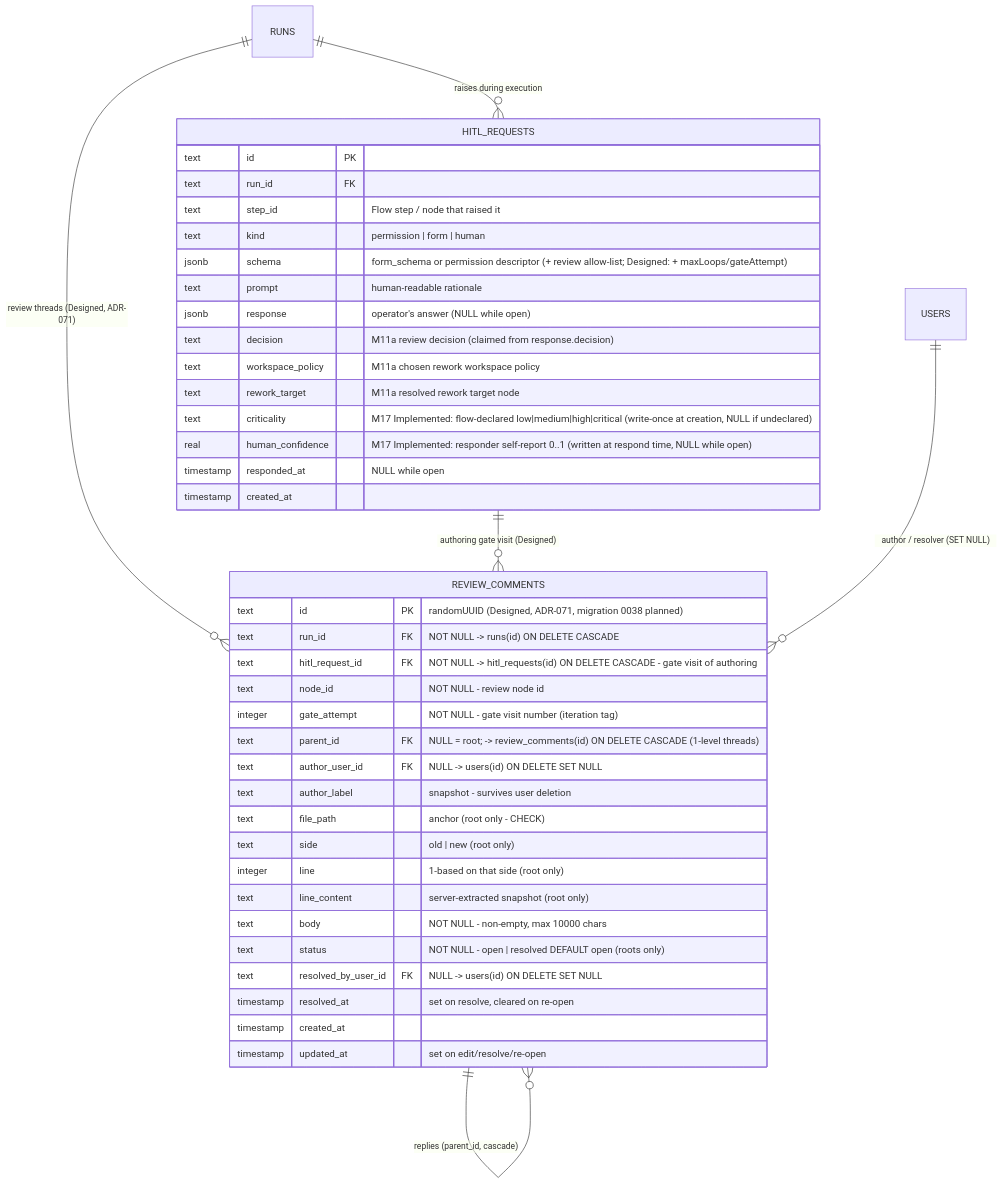
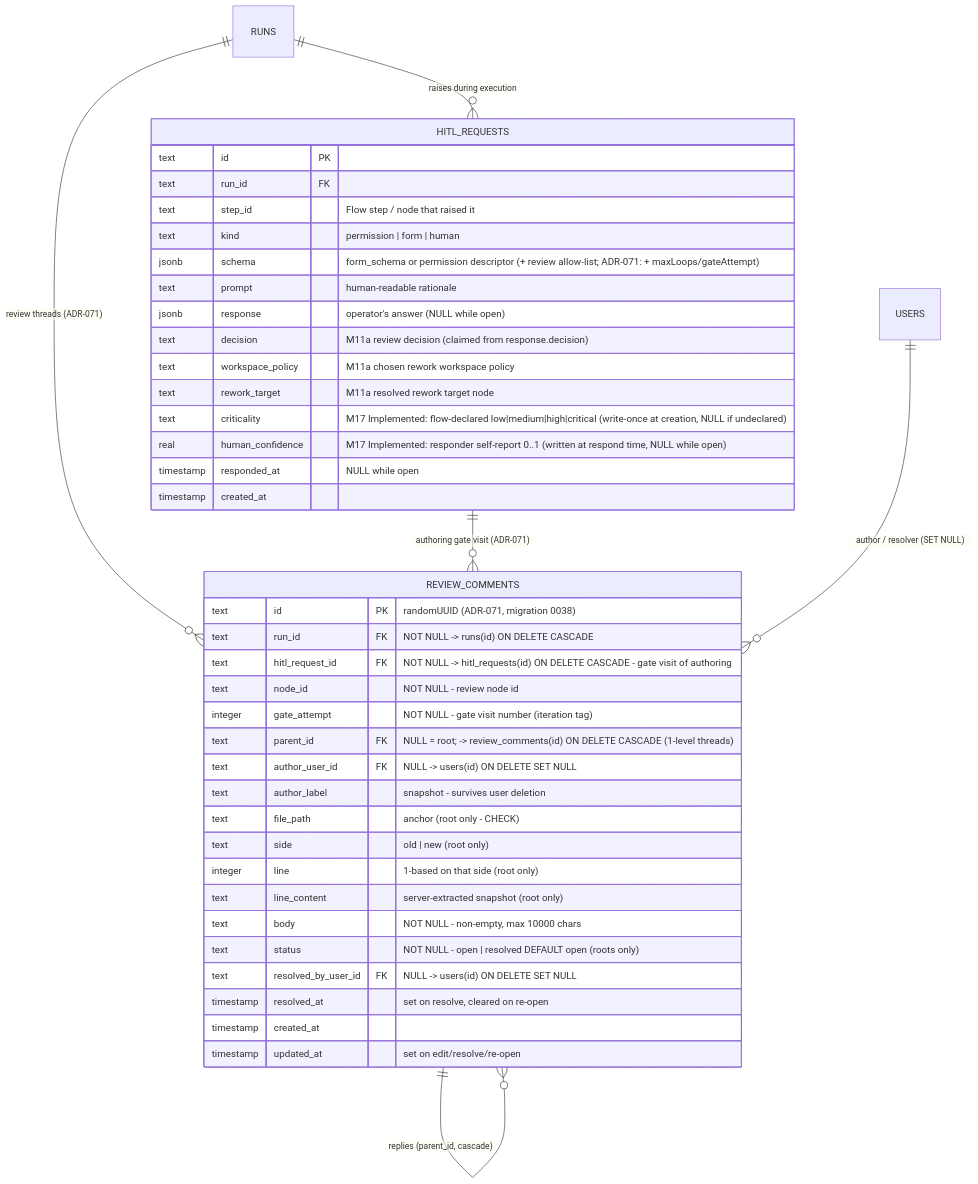
Before and after one commit to maister-dev/maister: the first of 2 diagrams in docs/db/hitl-domain.md, drawn with Mermaid. The commit also changed other lines of this file and 17 other files, not shown here.

First line of the commit message:
test(review-comments): e2e coverage + docs as-built reconcile

````diff
--- a/docs/db/hitl-domain.md
+++ b/docs/db/hitl-domain.md
@@ -10,46 +10,46 @@
 ```mermaid
 erDiagram
     RUNS ||--o{ HITL_REQUESTS : "raises during execution"
-    RUNS ||--o{ REVIEW_COMMENTS : "review threads (Designed, ADR-071)"
-    HITL_REQUESTS ||--o{ REVIEW_COMMENTS : "authoring gate visit (Designed)"
+    RUNS ||--o{ REVIEW_COMMENTS : "review threads (ADR-071)"
+    HITL_REQUESTS ||--o{ REVIEW_COMMENTS : "authoring gate visit (ADR-071)"
     USERS ||--o{ REVIEW_COMMENTS : "author / resolver (SET NULL)"
     REVIEW_COMMENTS ||--o{ REVIEW_COMMENTS : "replies (parent_id, cascade)"
 
     HITL_REQUESTS {
         text id PK
         text run_id FK
         text step_id "Flow step / node that raised it"
         text kind "permission | form | human"
-        jsonb schema "form_schema or permission descriptor (+ review allow-list; Designed: + maxLoops/gateAttempt)"
+        jsonb schema "form_schema or permission descriptor (+ review allow-list; ADR-071: + maxLoops/gateAttempt)"
         text prompt "human-readable rationale"
         jsonb response "operator's answer (NULL while open)"
         text decision "M11a review decision (claimed from response.decision)"
         text workspace_policy "M11a chosen rework workspace policy"
         text rework_target "M11a resolved rework target node"
         text criticality "M17 Implemented: flow-declared low|medium|high|critical (write-once at creation, NULL if undeclared)"
         real human_confidence "M17 Implemented: responder self-report 0..1 (written at respond time, NULL while open)"
         timestamp responded_at "NULL while open"
         timestamp created_at
     }
 
     REVIEW_COMMENTS {
-        text id PK "randomUUID (Designed, ADR-071, migration 0038 planned)"
+        text id PK "randomUUID (ADR-071, migration 0038)"
         text run_id FK "NOT NULL -> runs(id) ON DELETE CASCADE"
         text hitl_request_id FK "NOT NULL -> hitl_requests(id) ON DELETE CASCADE - gate visit of authoring"
         text node_id "NOT NULL - review node id"
         integer gate_attempt "NOT NULL - gate visit number (iteration tag)"
         text parent_id FK "NULL = root; -> review_comments(id) ON DELETE CASCADE (1-level threads)"
         text author_user_id FK "NULL -> users(id) ON DELETE SET NULL"
         text author_label "snapshot - survives user deletion"
         text file_path "anchor (root only - CHECK)"
         text side "old | new (root only)"
         integer line "1-based on that side (root only)"
         text line_content "server-extracted snapshot (root only)"
         text body "NOT NULL - non-empty, max 10000 chars"
         text status "NOT NULL - open | resolved DEFAULT open (roots only)"
         text resolved_by_user_id FK "NULL -> users(id) ON DELETE SET NULL"
         timestamp resolved_at "set on resolve, cleared on re-open"
         timestamp created_at
         timestamp updated_at "set on edit/resolve/re-open"
     }
 ```
````
